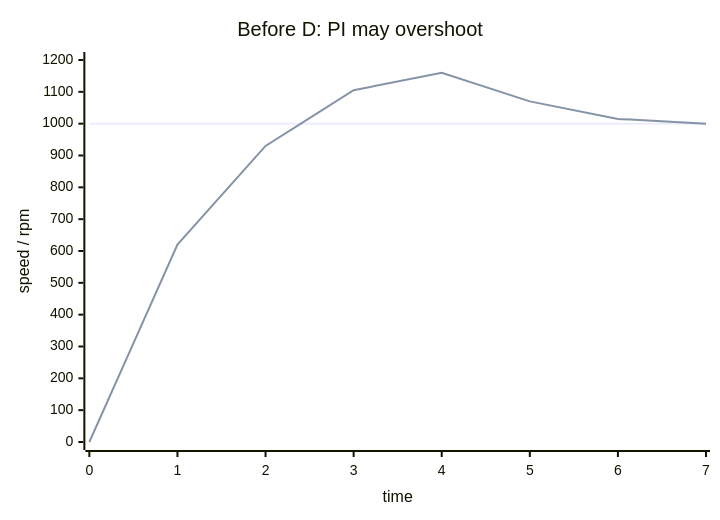
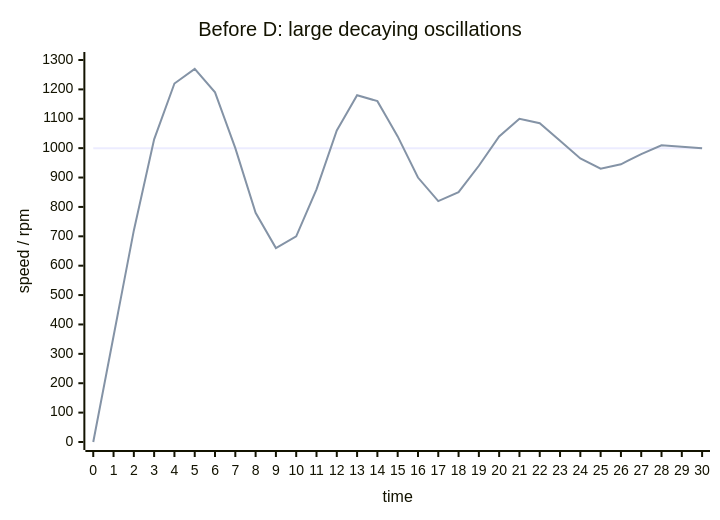
Before and after one commit to inaku-Gyan/RM-EC-Tutorial-2026-Summer: the tenth of 16 diagrams in decks/kinematics-pid/slides.md, drawn with Mermaid. The commit also changed other lines of this file, not shown here.

Commit message:
优化 PID 相关曲线图

````diff
--- a/decks/kinematics-pid/slides.md
+++ b/decks/kinematics-pid/slides.md
@@ -706,8 +700,8 @@
 ```mermaid
 xychart-beta
-  title "Before D: PI may overshoot"
-  x-axis "time" [0, 1, 2, 3, 4, 5, 6, 7]
-  y-axis "speed / rpm" 0 --> 1200
-  line "target" [1000, 1000, 1000, 1000, 1000, 1000, 1000, 1000]
-  line "feedback" [0, 620, 930, 1105, 1160, 1070, 1015, 1000]
+  title "Before D: large decaying oscillations"
+  x-axis "time" [0, 1, 2, 3, 4, 5, 6, 7, 8, 9, 10, 11, 12, 13, 14, 15, 16, 17, 18, 19, 20, 21, 22, 23, 24, 25, 26, 27, 28, 29, 30]
+  y-axis "speed / rpm" 0 --> 1300
+  line "target" [1000, 1000, 1000, 1000, 1000, 1000, 1000, 1000, 1000, 1000, 1000, 1000, 1000, 1000, 1000, 1000, 1000, 1000, 1000, 1000, 1000, 1000, 1000, 1000, 1000, 1000, 1000, 1000, 1000, 1000, 1000]
+  line "feedback" [0, 360, 720, 1030, 1220, 1270, 1190, 1000, 780, 660, 700, 860, 1060, 1180, 1160, 1040, 900, 820, 850, 940, 1040, 1100, 1085, 1025, 965, 930, 945, 980, 1010, 1005, 1000]
 ```
````
